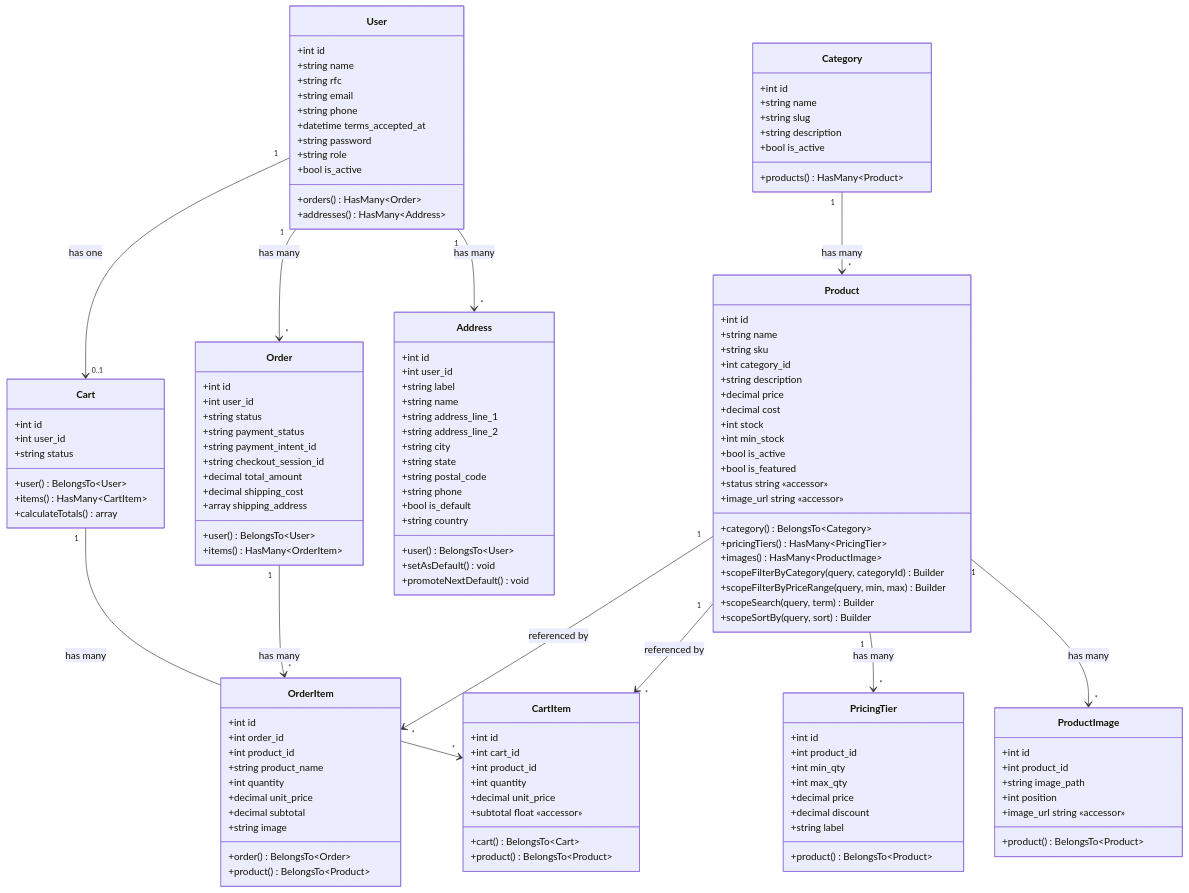
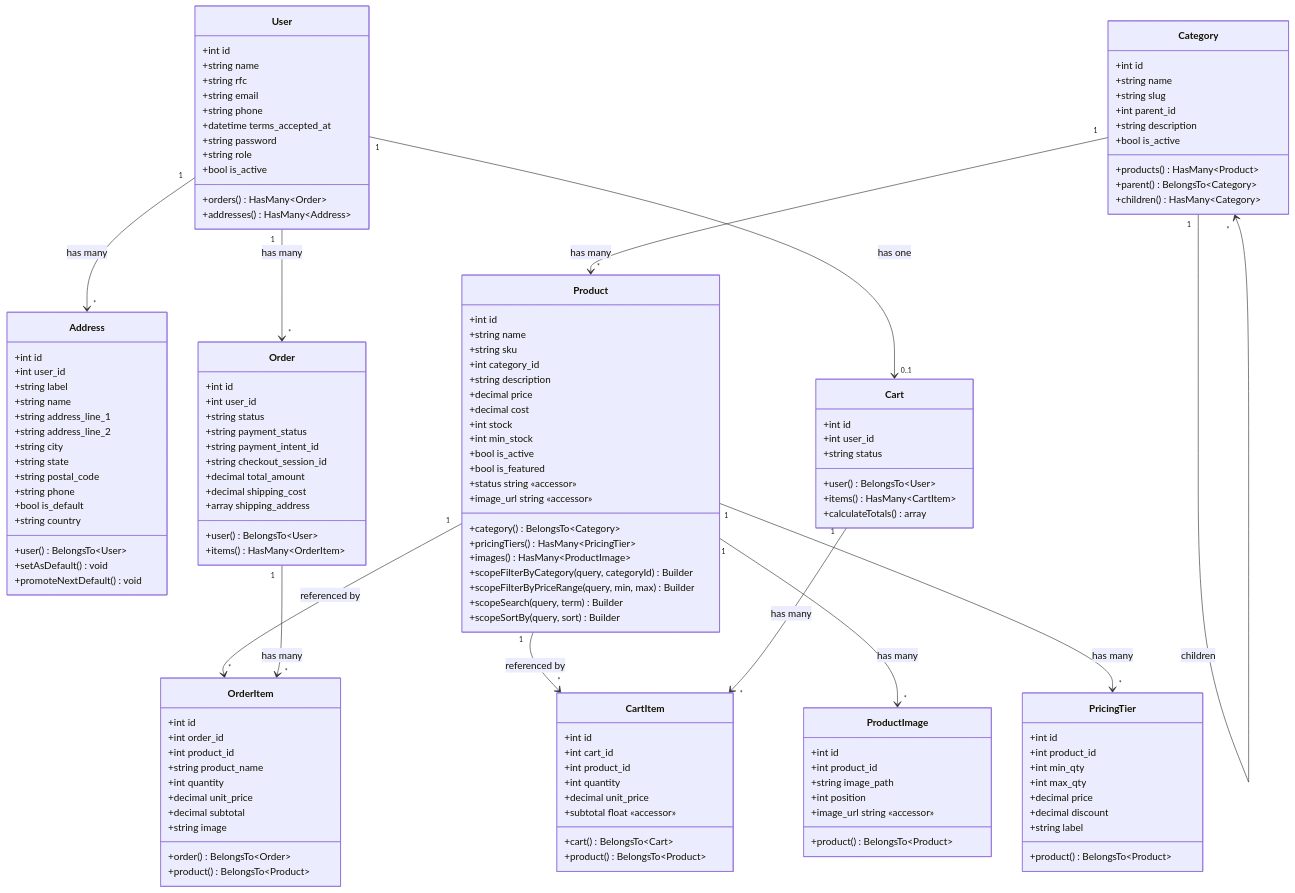
The diagram in uml/entities.mmd (ikonoverde/b2b-api), drawn with Mermaid before and after one commit. The commit also changed 11 other files, not shown here.

```diff
--- a/uml/entities.mmd
+++ b/uml/entities.mmd
@@ -1,148 +1,153 @@
 classDiagram
     direction TB
 
     class User {
         +int id
         +string name
         +string rfc
         +string email
         +string phone
         +datetime terms_accepted_at
         +string password
         +string role
         +bool is_active
         +orders() HasMany~Order~
         +addresses() HasMany~Address~
     }
 
     class Address {
         +int id
         +int user_id
         +string label
         +string name
         +string address_line_1
         +string address_line_2
         +string city
         +string state
         +string postal_code
         +string phone
         +bool is_default
         +string country
         +user() BelongsTo~User~
         +setAsDefault() void
         +promoteNextDefault() void
     }
 
     class Category {
         +int id
         +string name
         +string slug
+        +int parent_id
         +string description
         +bool is_active
         +products() HasMany~Product~
+        +parent() BelongsTo~Category~
+        +children() HasMany~Category~
     }
 
     class Product {
         +int id
         +string name
         +string sku
         +int category_id
         +string description
         +decimal price
         +decimal cost
         +int stock
         +int min_stock
         +bool is_active
         +bool is_featured
         +status string «accessor»
         +image_url string «accessor»
         +category() BelongsTo~Category~
         +pricingTiers() HasMany~PricingTier~
         +images() HasMany~ProductImage~
         +scopeFilterByCategory(query, categoryId) Builder
         +scopeFilterByPriceRange(query, min, max) Builder
         +scopeSearch(query, term) Builder
         +scopeSortBy(query, sort) Builder
     }
 
     class ProductImage {
         +int id
         +int product_id
         +string image_path
         +int position
         +image_url string «accessor»
         +product() BelongsTo~Product~
     }
 
     class PricingTier {
         +int id
         +int product_id
         +int min_qty
         +int max_qty
         +decimal price
         +decimal discount
         +string label
         +product() BelongsTo~Product~
     }
 
     class Cart {
         +int id
         +int user_id
         +string status
         +user() BelongsTo~User~
         +items() HasMany~CartItem~
         +calculateTotals() array
     }
 
     class CartItem {
         +int id
         +int cart_id
         +int product_id
         +int quantity
         +decimal unit_price
         +subtotal float «accessor»
         +cart() BelongsTo~Cart~
         +product() BelongsTo~Product~
     }
 
     class Order {
         +int id
         +int user_id
         +string status
         +string payment_status
         +string payment_intent_id
         +string checkout_session_id
         +decimal total_amount
         +decimal shipping_cost
         +array shipping_address
         +user() BelongsTo~User~
         +items() HasMany~OrderItem~
     }
 
     class OrderItem {
         +int id
         +int order_id
         +int product_id
         +string product_name
         +int quantity
         +decimal unit_price
         +decimal subtotal
         +string image
         +order() BelongsTo~Order~
         +product() BelongsTo~Product~
     }
 
     User "1" --> "*" Address : has many
     User "1" --> "*" Order : has many
     User "1" --> "0..1" Cart : has one
 
     Category "1" --> "*" Product : has many
+    Category "1" --> "0..1" Category : parent
+    Category "1" --> "*" Category : children
 
     Product "1" --> "*" ProductImage : has many
     Product "1" --> "*" PricingTier : has many
     Product "1" --> "*" CartItem : referenced by
     Product "1" --> "*" OrderItem : referenced by
 
     Cart "1" --> "*" CartItem : has many
 
     Order "1" --> "*" OrderItem : has many
```
